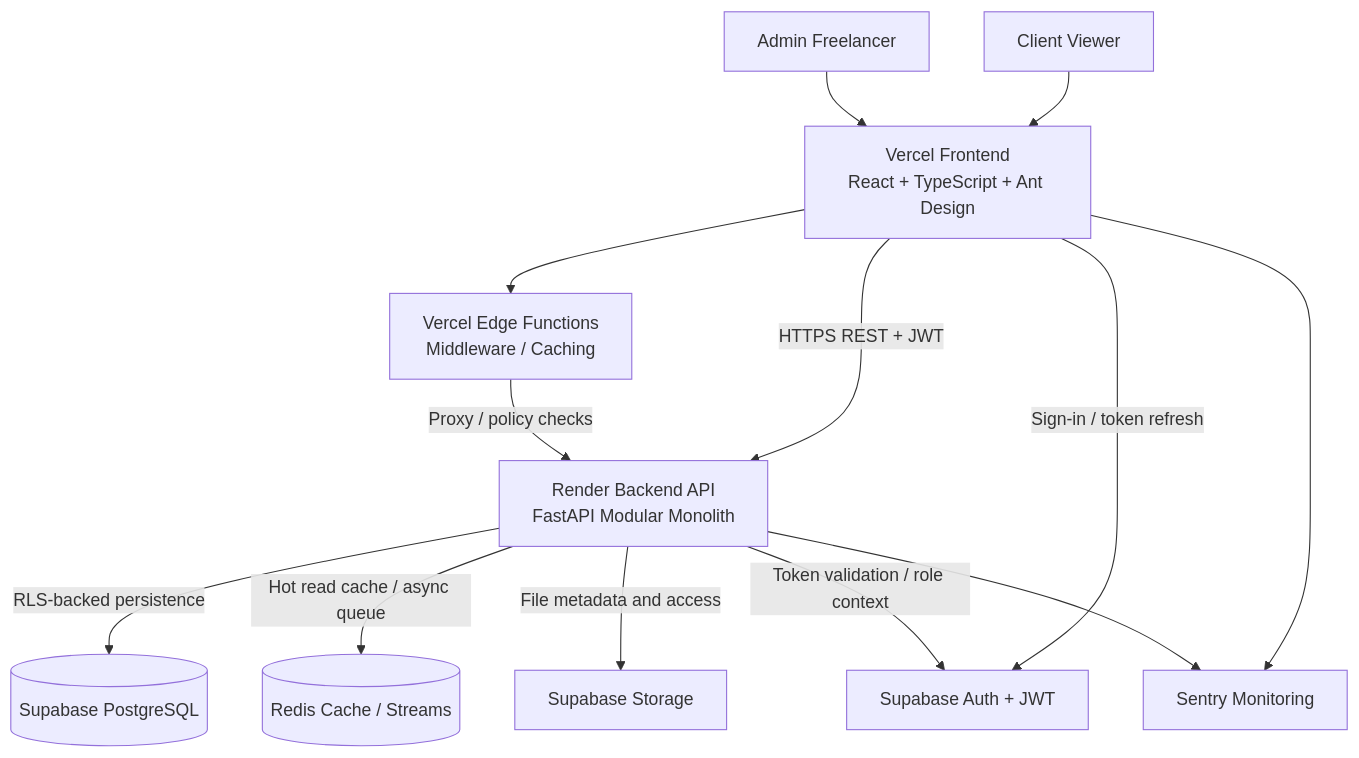
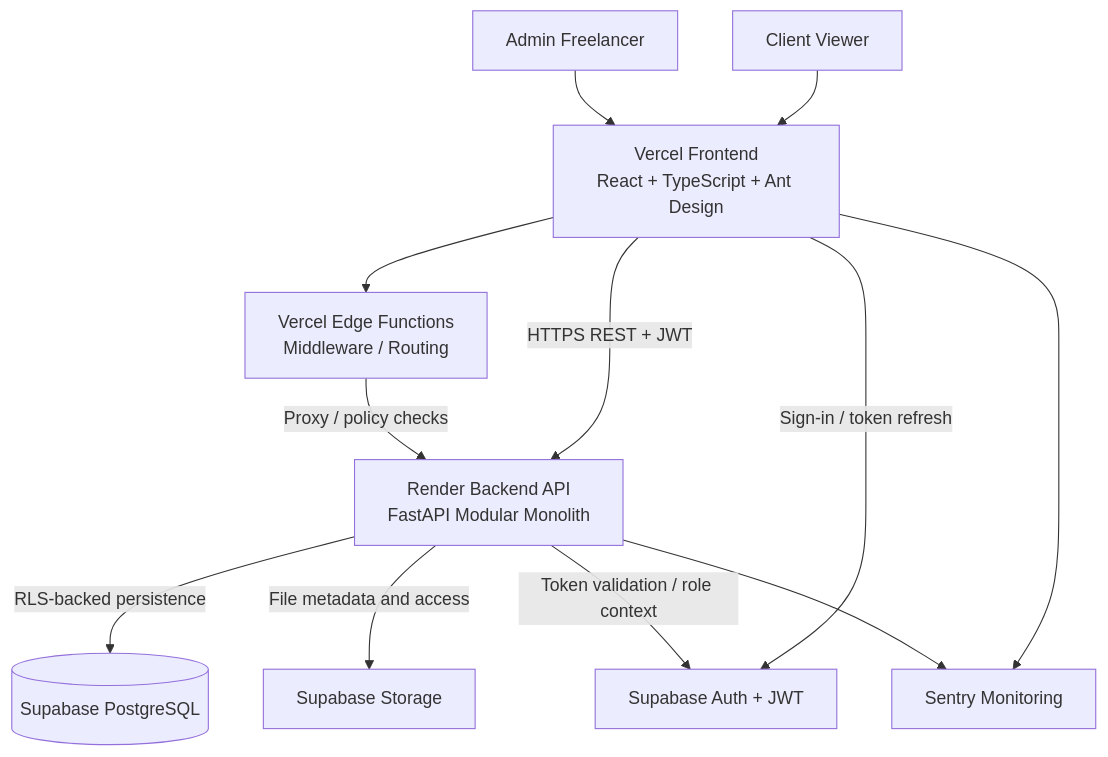
Before and after one commit to alonsovndev/open-projects-hub-docs: the diagram in docs/projects/open-project-hub/03-architecture/diagrams/c4-container-diagram.mmd, drawn with Mermaid. The commit also changed 16 other files, not shown here.

```diff
--- a/docs/projects/open-project-hub/03-architecture/diagrams/c4-container-diagram.mmd
+++ b/docs/projects/open-project-hub/03-architecture/diagrams/c4-container-diagram.mmd
@@ -1,29 +1,27 @@
 flowchart TB
     Admin[Admin Freelancer]
     Viewer[Client Viewer]
 
     FE[Vercel Frontend\nReact + TypeScript + Ant Design]
-    Edge[Vercel Edge Functions\nMiddleware / Caching]
+    Edge[Vercel Edge Functions\nMiddleware / Routing]
     BE[Render Backend API\nFastAPI Modular Monolith]
-    Redis[(Redis Cache / Streams)]
     DB[(Supabase PostgreSQL)]
     Auth[Supabase Auth + JWT]
     Storage[Supabase Storage]
     Sentry[Sentry Monitoring]
 
     Admin --> FE
     Viewer --> FE
 
     FE --> Edge
     FE -->|HTTPS REST + JWT| BE
     FE -->|Sign-in / token refresh| Auth
 
     Edge -->|Proxy / policy checks| BE
 
     BE -->|RLS-backed persistence| DB
-    BE -->|Hot read cache / async queue| Redis
     BE -->|File metadata and access| Storage
     BE -->|Token validation / role context| Auth
 
     FE --> Sentry
     BE --> Sentry
```
